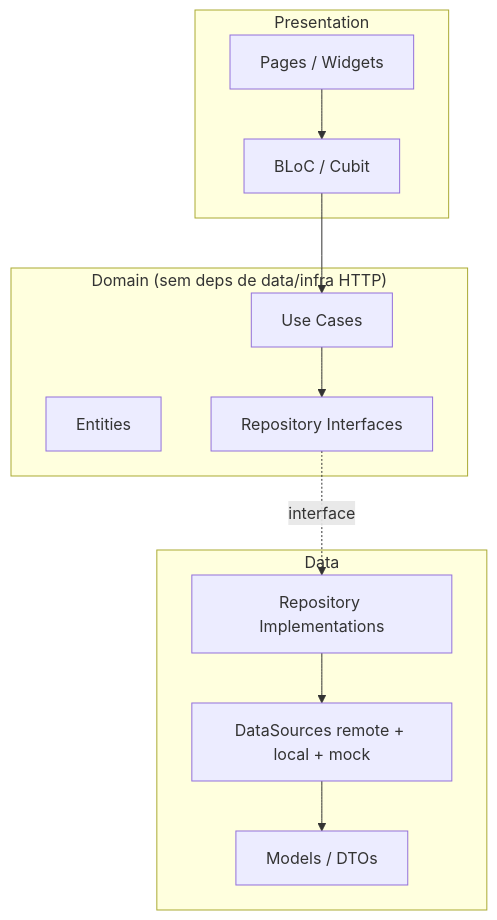
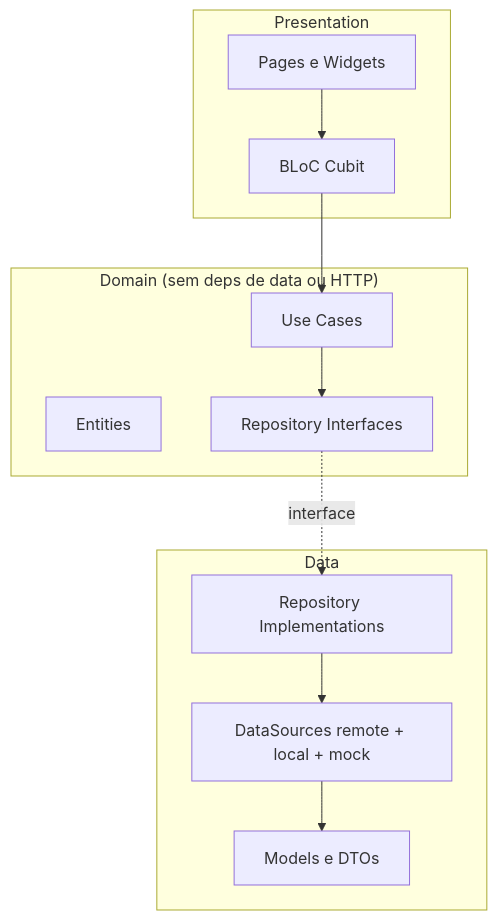
The first of 4 diagrams in .archagents/02-architecture.md (cristianoaredes/super-app-flutter-sample), drawn with Mermaid before and after one commit. The commit also changed other lines of this file and 2 other files, not shown here.

First line of the commit message:
Fix Mermaid parse errors on GitHub-rendered diagrams.

````diff
--- a/.archagents/02-architecture.md
+++ b/.archagents/02-architecture.md
@@ -14,21 +14,23 @@
 ```mermaid
 graph TB
     subgraph "Presentation"
-        UI[Pages / Widgets]
-        VM[BLoC / Cubit]
+        UI["Pages e Widgets"]
+        VM["BLoC Cubit"]
     end
-    subgraph "Domain (sem deps de data/infra HTTP)"
+    subgraph Domain["Domain (sem deps de data ou HTTP)"]
         UC[Use Cases]
         ENT[Entities]
         REPO_IF[Repository Interfaces]
     end
     subgraph "Data"
         REPO_IMPL[Repository Implementations]
         DS[DataSources remote + local + mock]
-        DTO[Models / DTOs]
+        DTO["Models e DTOs"]
     end
-    UI --> VM --> UC --> REPO_IF
+    UI --> VM
+    VM --> UC
+    UC --> REPO_IF
     REPO_IF -.->|interface| REPO_IMPL
     REPO_IMPL --> DS
     DS --> DTO
 ```
````
